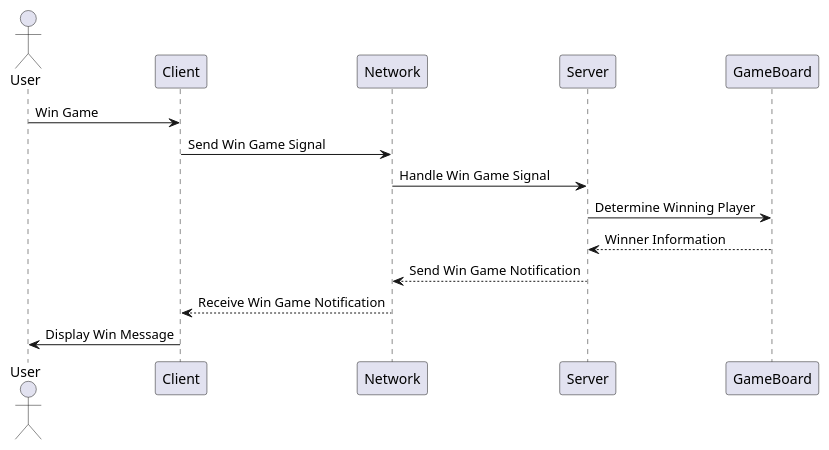
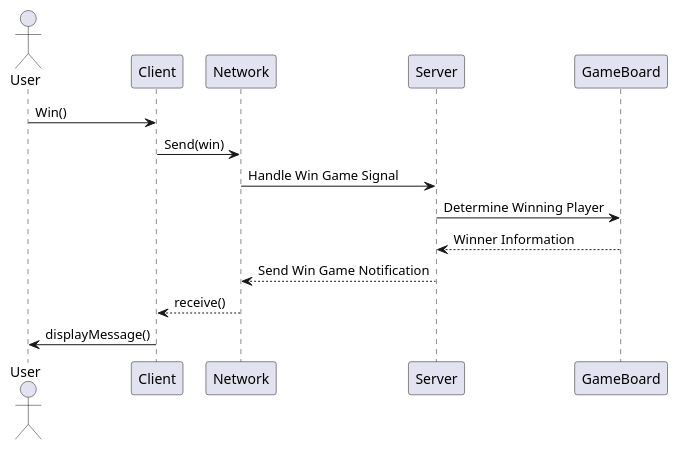
Before and after one commit to alexzhang-aero/Clue-Less: the diagram in UML/Scripts/SequenceDiagWin.puml, drawn with PlantUML. The commit also changed 6 other files, not shown here.

Commit message:
minor update on sequence diagrams

```diff
--- a/UML/Scripts/SequenceDiagWin.puml
+++ b/UML/Scripts/SequenceDiagWin.puml
@@ -1,18 +1,18 @@
 @startuml ClueGameWinSequence
 
 actor User as Player
 participant Client
 participant Network
 participant Server
 participant GameBoard
 
-Player -> Client: Win Game
-Client -> Network: Send Win Game Signal
+Player -> Client: Win()
+Client -> Network: Send(win)
 Network -> Server: Handle Win Game Signal
 Server -> GameBoard: Determine Winning Player
 GameBoard --> Server: Winner Information
 Server --> Network: Send Win Game Notification
-Network --> Client: Receive Win Game Notification
-Client -> Player: Display Win Message
+Network --> Client: receive()
+Client -> Player: displayMessage()
 
 @enduml
```
